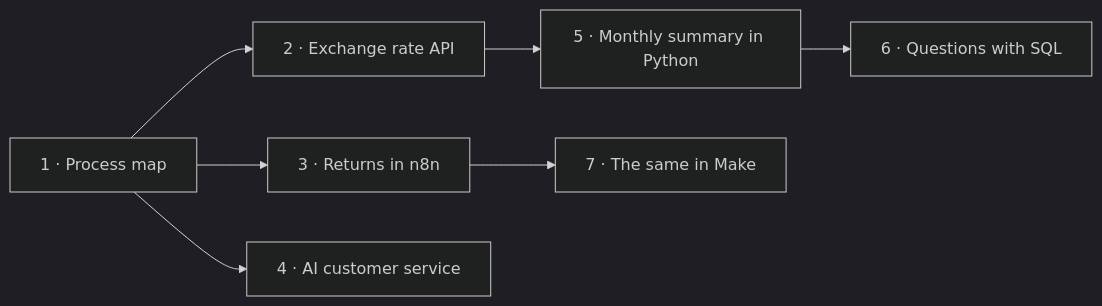
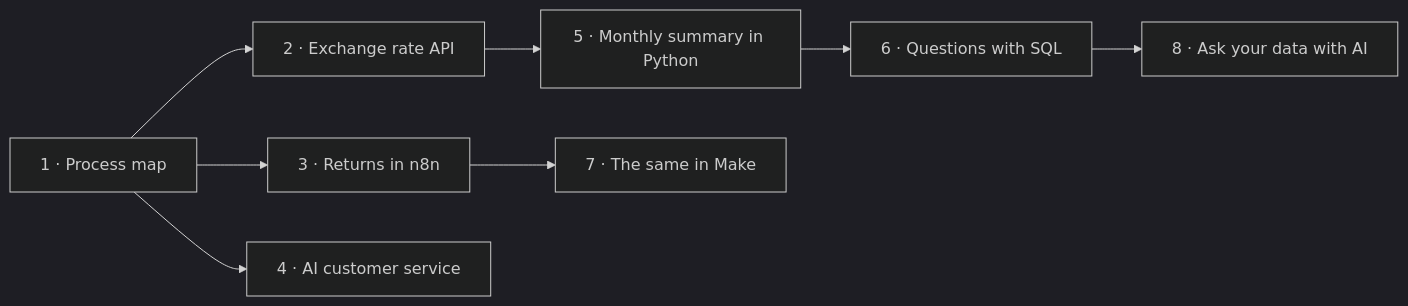
Before and after one commit to Kairuferrin/portfolio-automatizacion: the diagram in README.md, drawn with Mermaid (dark theme). The commit also changed other lines of this file and 6 other files, not shown here.

Commit message:
Add project 8: ask your data with AI

````diff
--- a/README.md
+++ b/README.md
@@ -16,9 +16,10 @@
 ```mermaid
 flowchart LR
     P1[1 · Process map] --> P2[2 · Exchange rate API]
     P2 --> P5[5 · Monthly summary in Python]
     P5 --> P6[6 · Questions with SQL]
     P1 --> P3[3 · Returns in n8n]
     P3 --> P7[7 · The same in Make]
     P1 --> P4[4 · AI customer service]
+    P6 --> P8[8 · Ask your data with AI]
 ```
````
